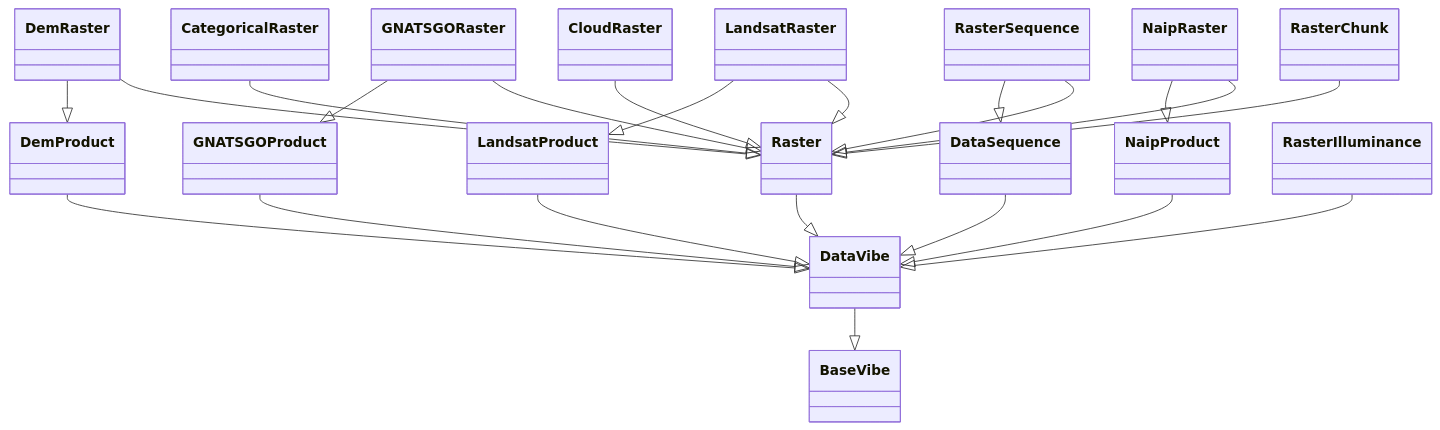
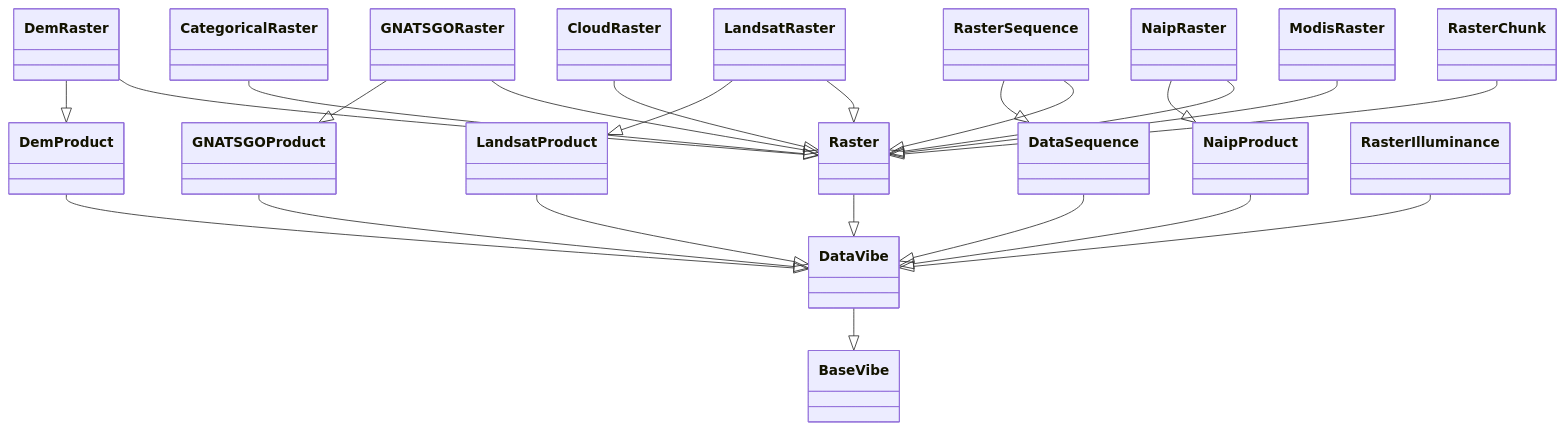
Before and after one commit to microsoft/farmvibes-ai: the diagram in docs/source/docfiles/markdown/data_types_diagram/rasters_hierarchy.md, drawn with Mermaid. The commit also changed 38 other files, not shown here.

```diff
--- a/docs/source/docfiles/markdown/data_types_diagram/rasters_hierarchy.md
+++ b/docs/source/docfiles/markdown/data_types_diagram/rasters_hierarchy.md
@@ -2,61 +2,64 @@
 <div class="mermaid">
 
 classDiagram
   class BaseVibe {
   }
   class DataSequence {
   }
   class DataVibe {
   }
   class DemProduct {
   }
   class GNATSGOProduct {
   }
   class LandsatProduct {
   }
   class NaipProduct {
   }
   class CategoricalRaster {
   }
   class CloudRaster {
   }
   class DemRaster {
   }
   class GNATSGORaster {
   }
   class LandsatRaster {
   }
+  class ModisRaster {
+  }
   class NaipRaster {
   }
   class Raster {
   }
   class RasterChunk {
   }
   class RasterIlluminance {
   }
   class RasterSequence {
   }
   DataSequence --|> DataVibe
   DataVibe --|> BaseVibe
   DemProduct --|> DataVibe
   GNATSGOProduct --|> DataVibe
   LandsatProduct --|> DataVibe
   NaipProduct --|> DataVibe
   CategoricalRaster --|> Raster
   CloudRaster --|> Raster
   DemRaster --|> DemProduct
   DemRaster --|> Raster
   GNATSGORaster --|> GNATSGOProduct
   GNATSGORaster --|> Raster
   LandsatRaster --|> LandsatProduct
   LandsatRaster --|> Raster
+  ModisRaster --|> Raster
   NaipRaster --|> NaipProduct
   NaipRaster --|> Raster
   Raster --|> DataVibe
   RasterChunk --|> Raster
   RasterIlluminance --|> DataVibe
   RasterSequence --|> DataSequence
   RasterSequence --|> Raster
 
 
 </div>
```
